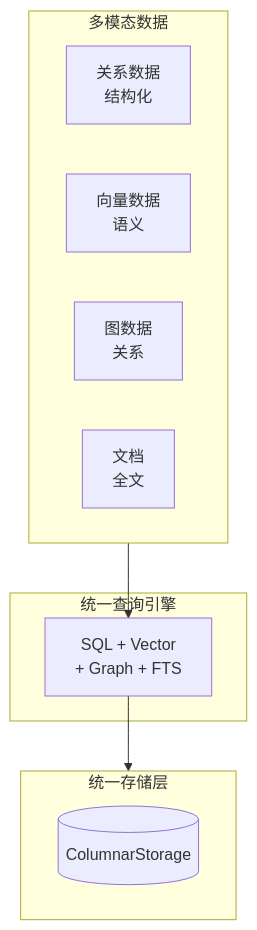
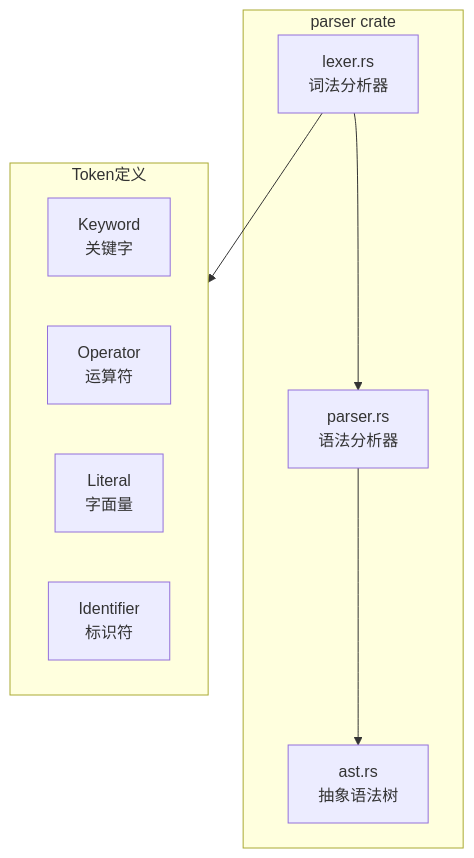
The tenth of 36 diagrams in docs/tutorials/教学计划/PPT/第5讲-架构设计原理与SQLRustGo架构.md (yinglichina8848/sqlrustgo), drawn with Mermaid before and after one commit. The commit also changed other lines of this file and 1 other file, not shown here.

First line of the commit message:
docs: comprehensive architecture lecture for SQLRustGo v1.0.0

````diff
--- a/docs/tutorials/教学计划/PPT/第5讲-架构设计原理与SQLRustGo架构.md
+++ b/docs/tutorials/教学计划/PPT/第5讲-架构设计原理与SQLRustGo架构.md
@@ -661,19 +376,20 @@
 ```mermaid
-flowchart TB
-    subgraph Data["多模态数据"]
-        RDB[关系数据<br/>结构化]
-        VEC[向量数据<br/>语义]
-        GRAPH[图数据<br/>关系]
-        DOC[文档<br/>全文]
+graph TB
+    subgraph parser["parser crate"]
+        Lexer["lexer.rs<br/>词法分析器"]
+        Parser["parser.rs<br/>语法分析器"]
+        AST["ast.rs<br/>抽象语法树"]
+
+        Lexer --> Parser
+        Parser --> AST
     end
 
-    subgraph Engine["统一查询引擎"]
-        Q[SQL + Vector<br/>+ Graph + FTS]
+    subgraph Token["Token定义"]
+        KW["Keyword<br/>关键字"]
+        OP["Operator<br/>运算符"]
+        LIT["Literal<br/>字面量"]
+        ID["Identifier<br/>标识符"]
     end
 
-    subgraph Storage["统一存储层"]
-        CS[(ColumnarStorage)]
-    end
-
-    Data --> Q --> Storage
+    Lexer --> Token
 ```
````
